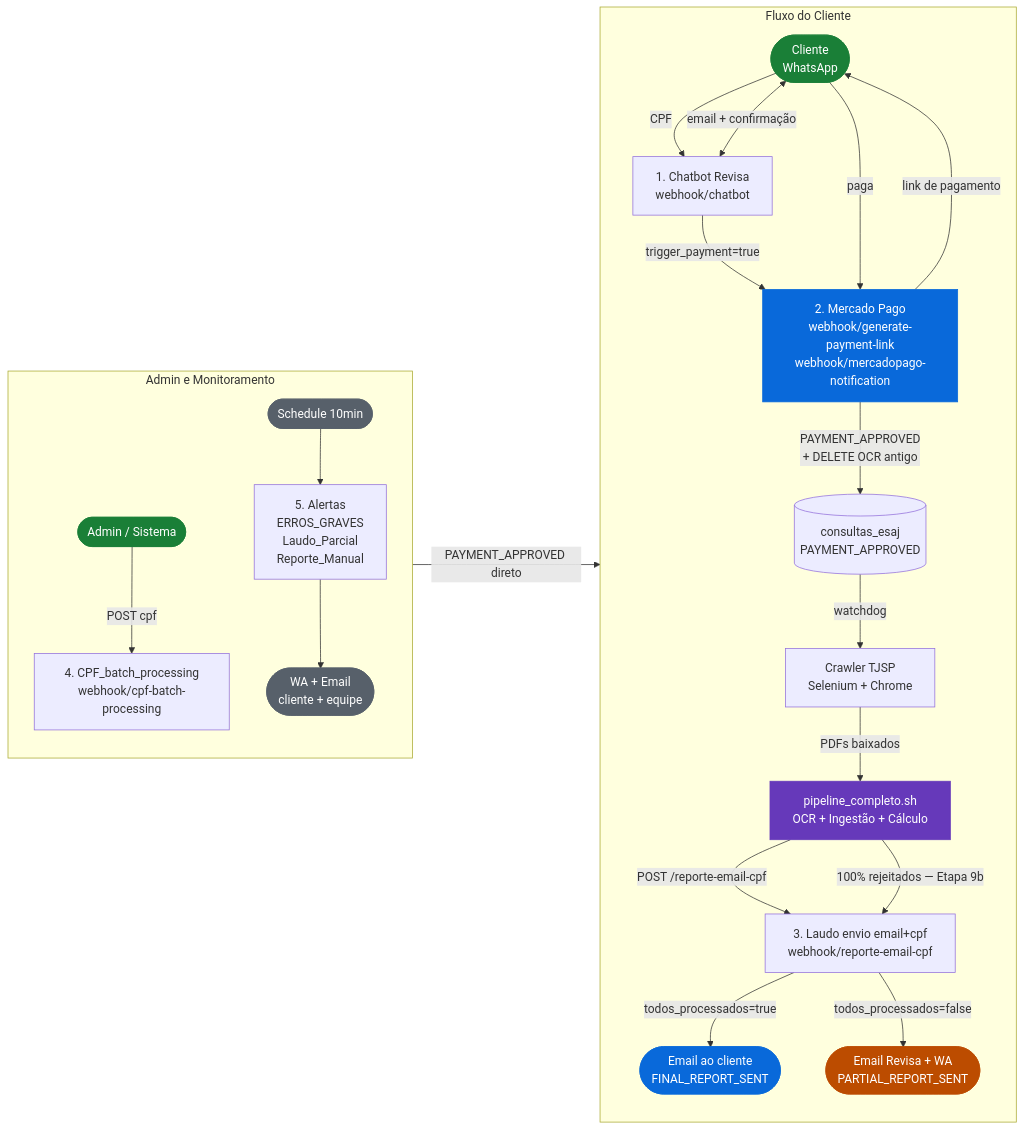
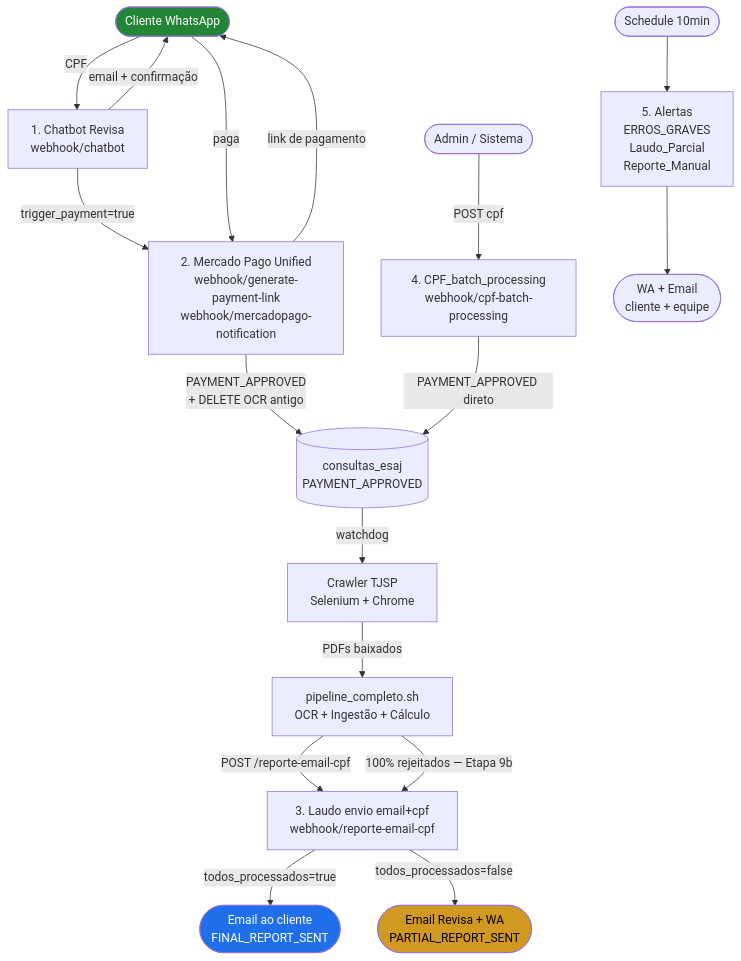
Before and after one commit to revisaprecatorio/n8n-source-code-docs: the first of 2 diagrams in README.md, drawn with Mermaid.

Commit message:
fix: volta para flowchart TD - Schedule por último (direita no Dagre), apenas 3 cores simples, sem subgraphs

````diff
--- a/README.md
+++ b/README.md
@@ -26,55 +26,42 @@
 ```mermaid
-flowchart LR
-    subgraph PRINCIPAL["Fluxo do Cliente"]
-        direction TB
-        WA(["Cliente\nWhatsApp"])
-        CW["1. Chatbot Revisa\nwebhook/chatbot"]
-        MP["2. Mercado Pago\nwebhook/generate-payment-link\nwebhook/mercadopago-notification"]
-        DB[("consultas_esaj\nPAYMENT_APPROVED")]
-        CR["Crawler TJSP\nSelenium + Chrome"]
-        OCR["pipeline_completo.sh\nOCR + Ingestão + Cálculo"]
-        LE["3. Laudo envio email+cpf\nwebhook/reporte-email-cpf"]
-        EMAIL(["Email ao cliente\nFINAL_REPORT_SENT"])
-        PARCIAL(["Email Revisa + WA\nPARTIAL_REPORT_SENT"])
+flowchart TD
+    %% Fluxo principal — definido primeiro, ocupa centro/esquerda
+    WA([Cliente WhatsApp])
+    CW[1. Chatbot Revisa\nwebhook/chatbot]
+    MP[2. Mercado Pago Unified\nwebhook/generate-payment-link\nwebhook/mercadopago-notification]
+    DB[(consultas_esaj\nPAYMENT_APPROVED)]
+    CR[Crawler TJSP\nSelenium + Chrome]
+    OCR[pipeline_completo.sh\nOCR + Ingestão + Cálculo]
+    LE[3. Laudo envio email+cpf\nwebhook/reporte-email-cpf]
+    EMAIL([Email ao cliente\nFINAL_REPORT_SENT])
+    PARCIAL([Email Revisa + WA\nPARTIAL_REPORT_SENT])
 
-        WA -->|CPF| CW
-        CW <-->|"email + confirmação"| WA
-        CW -->|"trigger_payment=true"| MP
-        MP -->|"link de pagamento"| WA
-        WA -->|paga| MP
-        MP -->|"PAYMENT_APPROVED\n+ DELETE OCR antigo"| DB
-        DB -->|"watchdog"| CR
-        CR -->|"PDFs baixados"| OCR
-        OCR -->|"POST /reporte-email-cpf"| LE
-        OCR -->|"100% rejeitados — Etapa 9b"| LE
-        LE -->|"todos_processados=true"| EMAIL
-        LE -->|"todos_processados=false"| PARCIAL
-    end
+    WA -->|CPF| CW
+    CW -->|email + confirmação| WA
+    CW -->|trigger_payment=true| MP
+    MP -->|link de pagamento| WA
+    WA -->|paga| MP
+    MP -->|PAYMENT_APPROVED\n+ DELETE OCR antigo| DB
+    DB -->|watchdog| CR
+    CR -->|PDFs baixados| OCR
+    OCR -->|POST /reporte-email-cpf| LE
+    OCR -->|100% rejeitados — Etapa 9b| LE
+    LE -->|todos_processados=true| EMAIL
+    LE -->|todos_processados=false| PARCIAL
 
-    subgraph LATERAL["Admin e Monitoramento"]
-        direction TB
-        ADMIN(["Admin / Sistema"])
-        BP["4. CPF_batch_processing\nwebhook/cpf-batch-processing"]
-        ADMIN -->|"POST cpf"| BP
+    %% Admin batch — definido segundo, ocupa centro
+    ADMIN([Admin / Sistema])
+    BP[4. CPF_batch_processing\nwebhook/cpf-batch-processing]
+    ADMIN -->|POST cpf| BP
+    BP -->|PAYMENT_APPROVED direto| DB
 
-        SCHED(["Schedule 10min"])
-        AG["5. Alertas\nERROS_GRAVES\nLaudo_Parcial\nReporte_Manual"]
-        NOTIF(["WA + Email\ncliente + equipe"])
-        SCHED --> AG
-        AG --> NOTIF
-    end
+    %% Monitoramento — definido por último → Dagre posiciona à direita
+    SCHED([Schedule 10min])
+    AG[5. Alertas\nERROS_GRAVES\nLaudo_Parcial\nReporte_Manual]
+    NOTIF([WA + Email\ncliente + equipe])
+    SCHED --> AG --> NOTIF
 
-    BP -->|"PAYMENT_APPROVED direto"| DB
-
-    classDef verde fill:#1a7f37,color:#fff,stroke:#1a7f37
-    classDef azul fill:#0969da,color:#fff,stroke:#0969da
-    classDef laranja fill:#bc4c00,color:#fff,stroke:#bc4c00
-    classDef cinza fill:#57606a,color:#fff,stroke:#57606a
-    classDef roxo fill:#6639ba,color:#fff,stroke:#6639ba
-
-    class WA,ADMIN verde
-    class EMAIL,MP azul
-    class PARCIAL laranja
-    class SCHED,NOTIF cinza
-    class OCR roxo
+    style WA fill:#238636,color:#fff
+    style EMAIL fill:#1f6feb,color:#fff
+    style PARCIAL fill:#d29922,color:#000
 ```
````
